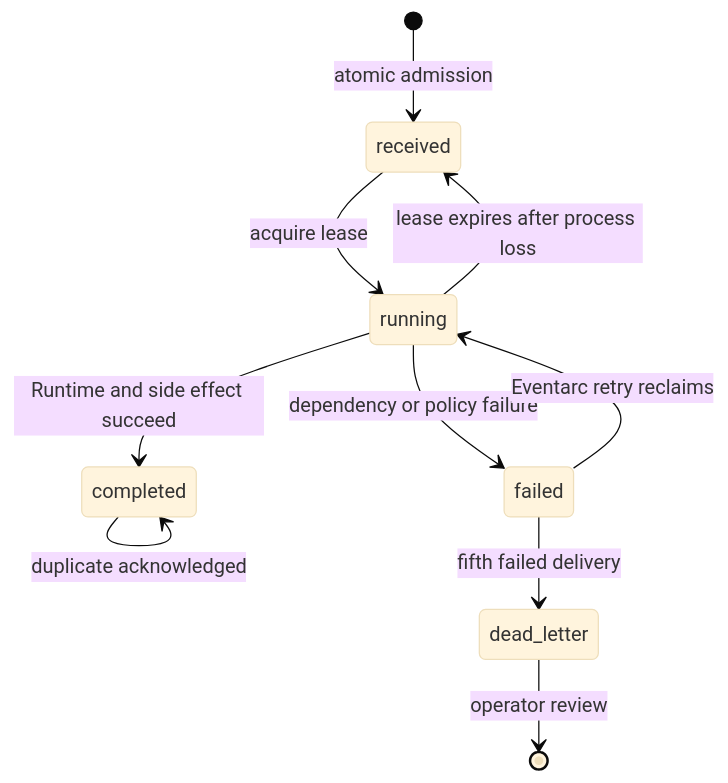
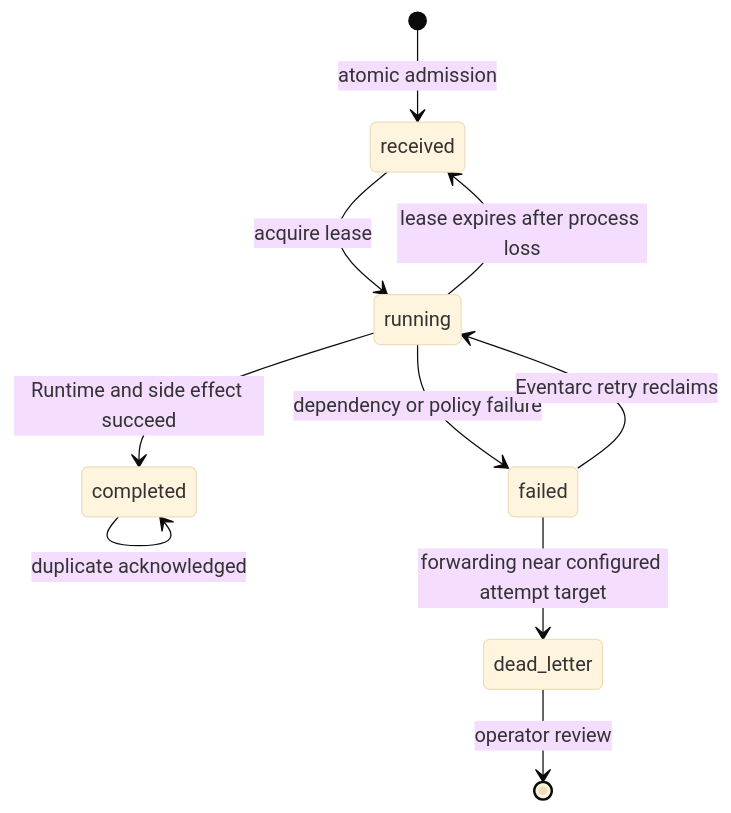
One commit to iarjunganesh/bastion changed the diagram in docs/ARCHITECTURE.md. Above: the diagram before and after it, drawn with Mermaid (base theme). The commit also changed other lines of this file and 34 other files, not shown here.

````diff
--- a/docs/ARCHITECTURE.md
+++ b/docs/ARCHITECTURE.md
@@ -131,12 +147,12 @@
 ```mermaid
 stateDiagram-v2
     [*] --> received: atomic admission
     received --> running: acquire lease
     running --> completed: Runtime and side effect succeed
     running --> failed: dependency or policy failure
     running --> received: lease expires after process loss
     failed --> running: Eventarc retry reclaims
-    failed --> dead_letter: fifth failed delivery
+    failed --> dead_letter: forwarding near configured attempt target
     completed --> completed: duplicate acknowledged
     dead_letter --> [*]: operator review
 ```
````
